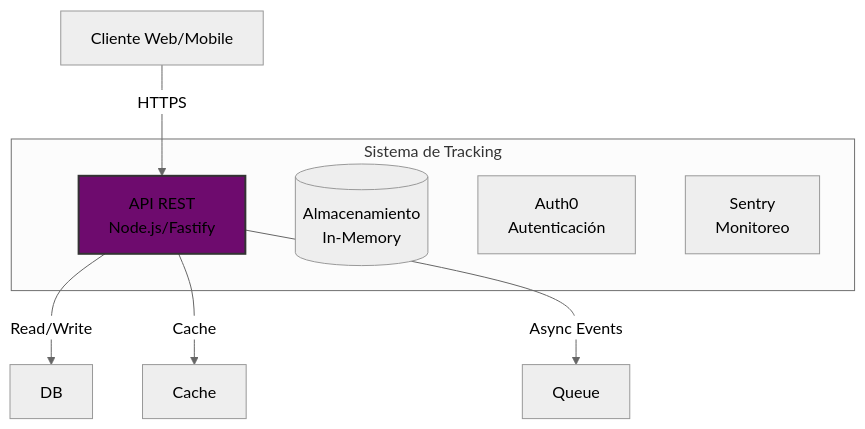
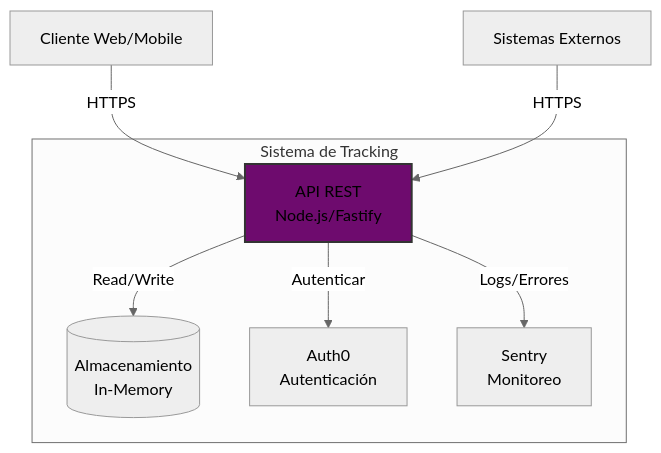
One commit to otherside9710/tracking-api changed the second of 4 diagrams in ARCHITECTURE.md. Above: the diagram before and after it, drawn with Mermaid (neutral theme). The commit also changed other lines of this file, not shown here.

Commit message:
docs: update architecture md

````diff
--- a/ARCHITECTURE.md
+++ b/ARCHITECTURE.md
@@ -28,18 +28,20 @@
 ```mermaid
 graph TB
     subgraph "Sistema de Tracking"
         API[API REST<br/>Node.js/Fastify]
         Storage[(Almacenamiento<br/>In-Memory)]
         Auth[Auth0<br/>Autenticación]
         Sentry[Sentry<br/>Monitoreo]
     end
     
     Client[Cliente Web/Mobile]
+    ExtSystems[Sistemas Externos]
     
     Client -->|HTTPS| API
-    API -->|Read/Write| DB
-    API -->|Cache| Cache
-    API -->|Async Events| Queue
+    ExtSystems -->|HTTPS| API
+    API -->|Read/Write| Storage
+    API -->|Autenticar| Auth
+    API -->|Logs/Errores| Sentry
     
     style API fill:#6E0B6E,stroke:#333,stroke-width:2px
 ```
````
